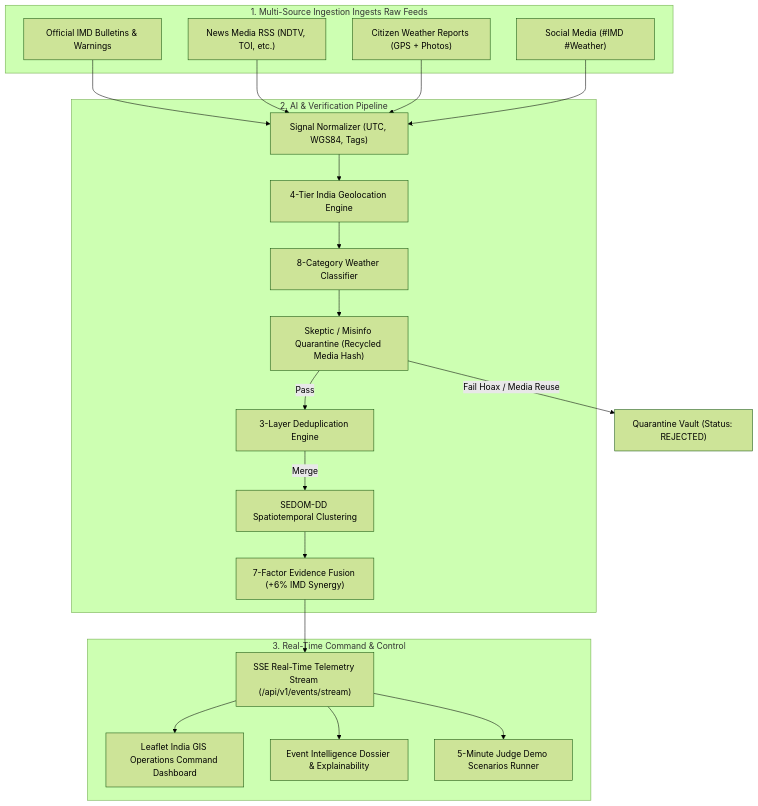
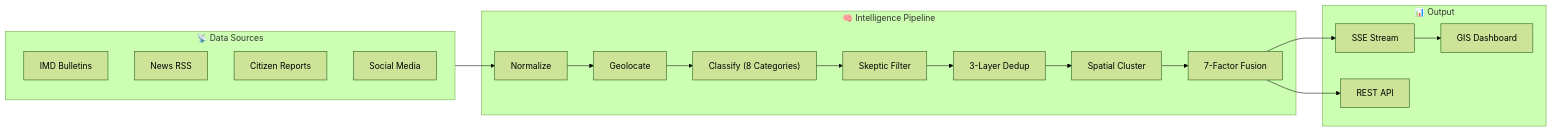
One commit to Ayush-Raj-Chourasia/AtmosAI changed the diagram in docs/WALKTHROUGH.md. Above: the diagram before and after it, drawn with Mermaid (forest theme). The commit also changed other lines of this file, not shown here.

Commit message:
docs: update walkthrough with 7 scenarios, 38 tests, Docker support

````diff
--- a/docs/WALKTHROUGH.md
+++ b/docs/WALKTHROUGH.md
@@ -16,35 +12,25 @@
 ```mermaid
-flowchart TD
-    subgraph MultiSourceIngestion ["1. Multi-Source Ingestion Ingests Raw Feeds"]
-        IMD["Official IMD Bulletins & Warnings"]
-        NEWS["News Media RSS (NDTV, TOI, etc.)"]
-        CITIZEN["Citizen Weather Reports (GPS + Photos)"]
-        SOCIAL["Social Media (#IMD #Weather)"]
+flowchart LR
+    subgraph Sources["📡 Data Sources"]
+        IMD["IMD Bulletins"]
+        NEWS["News RSS"]
+        CITIZEN["Citizen Reports"]
+        SOCIAL["Social Media"]
     end
-
-    subgraph IntelligenceCore ["2. AI & Verification Pipeline"]
-        NORM["Signal Normalizer (UTC, WGS84, Tags)"]
-        GEO["4-Tier India Geolocation Engine"]
-        CLASS["8-Category Weather Classifier"]
-        SKEPTIC["Skeptic / Misinfo Quarantine (Recycled Media Hash)"]
-        DEDUP["3-Layer Deduplication Engine"]
-        CLUSTER["SEDOM-DD Spatiotemporal Clustering"]
-        FUSION["7-Factor Evidence Fusion (+6% IMD Synergy)"]
+    subgraph Pipeline["🧠 Intelligence Pipeline"]
+        NORM["Normalize"] --> GEO["Geolocate"]
+        GEO --> CLASS["Classify (8 Categories)"]
+        CLASS --> SKEPTIC["Skeptic Filter"]
+        SKEPTIC --> DEDUP["3-Layer Dedup"]
+        DEDUP --> CLUSTER["Spatial Cluster"]
+        CLUSTER --> FUSION["7-Factor Fusion"]
     end
-
-    subgraph PresentationOutput ["3. Real-Time Command & Control"]
-        SSE["SSE Real-Time Telemetry Stream (/api/v1/events/stream)"]
-        GIS["Leaflet India GIS Operations Command Dashboard"]
-        DRAWER["Event Intelligence Dossier & Explainability"]
-        ADMIN["5-Minute Judge Demo Scenarios Runner"]
+    subgraph Output["📊 Output"]
+        SSE["SSE Stream"]
+        DASH["GIS Dashboard"]
+        API["REST API"]
     end
-
-    IMD & NEWS & CITIZEN & SOCIAL --> NORM
-    NORM --> GEO --> CLASS --> SKEPTIC
-    SKEPTIC -->|Pass| DEDUP
-    SKEPTIC -->|Fail Hoax / Media Reuse| QUARANTINE["Quarantine Vault (Status: REJECTED)"]
-    DEDUP -->|Merge| CLUSTER
-    CLUSTER --> FUSION
-    FUSION --> SSE
-    SSE --> GIS & DRAWER & ADMIN
+    Sources --> NORM
+    FUSION --> SSE --> DASH
+    FUSION --> API
 ```
````
